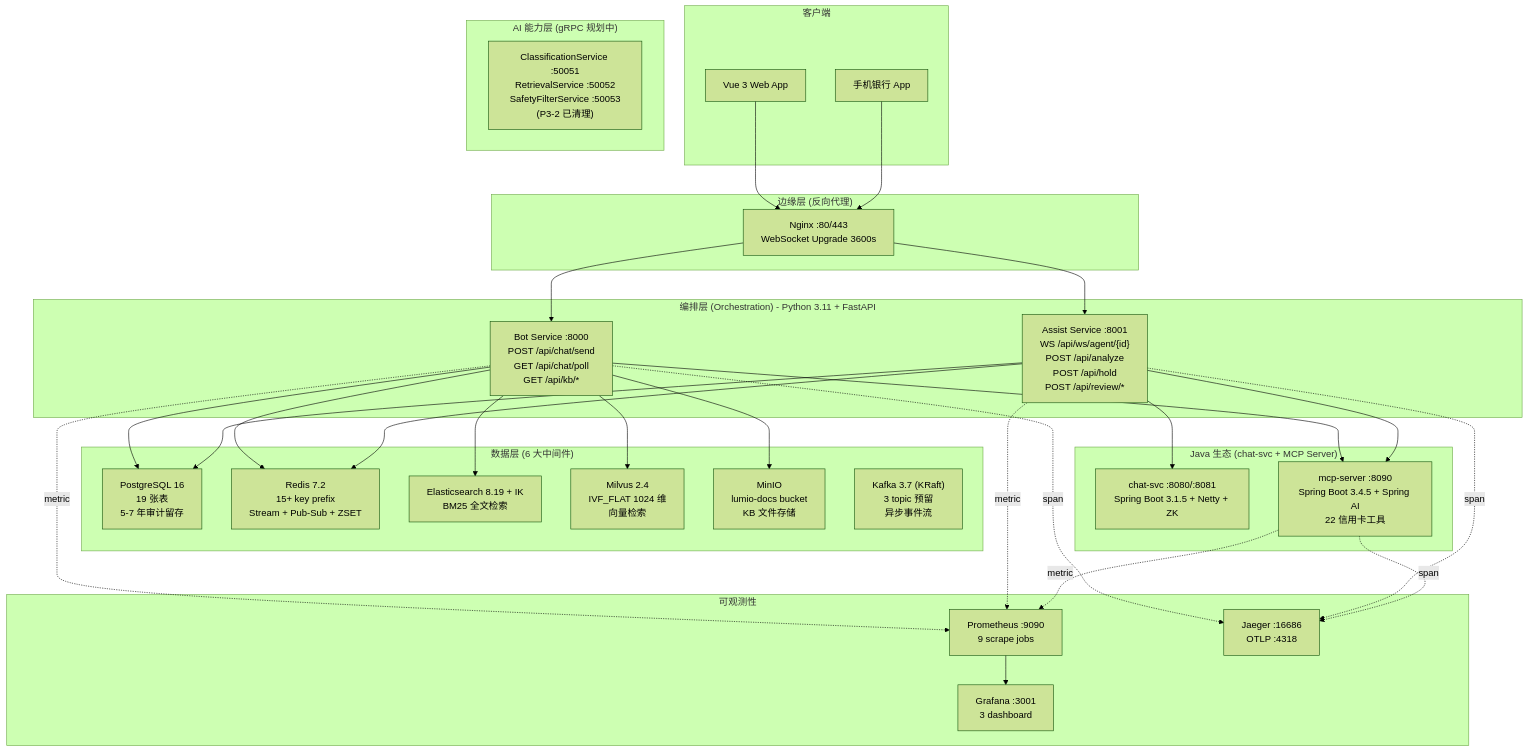
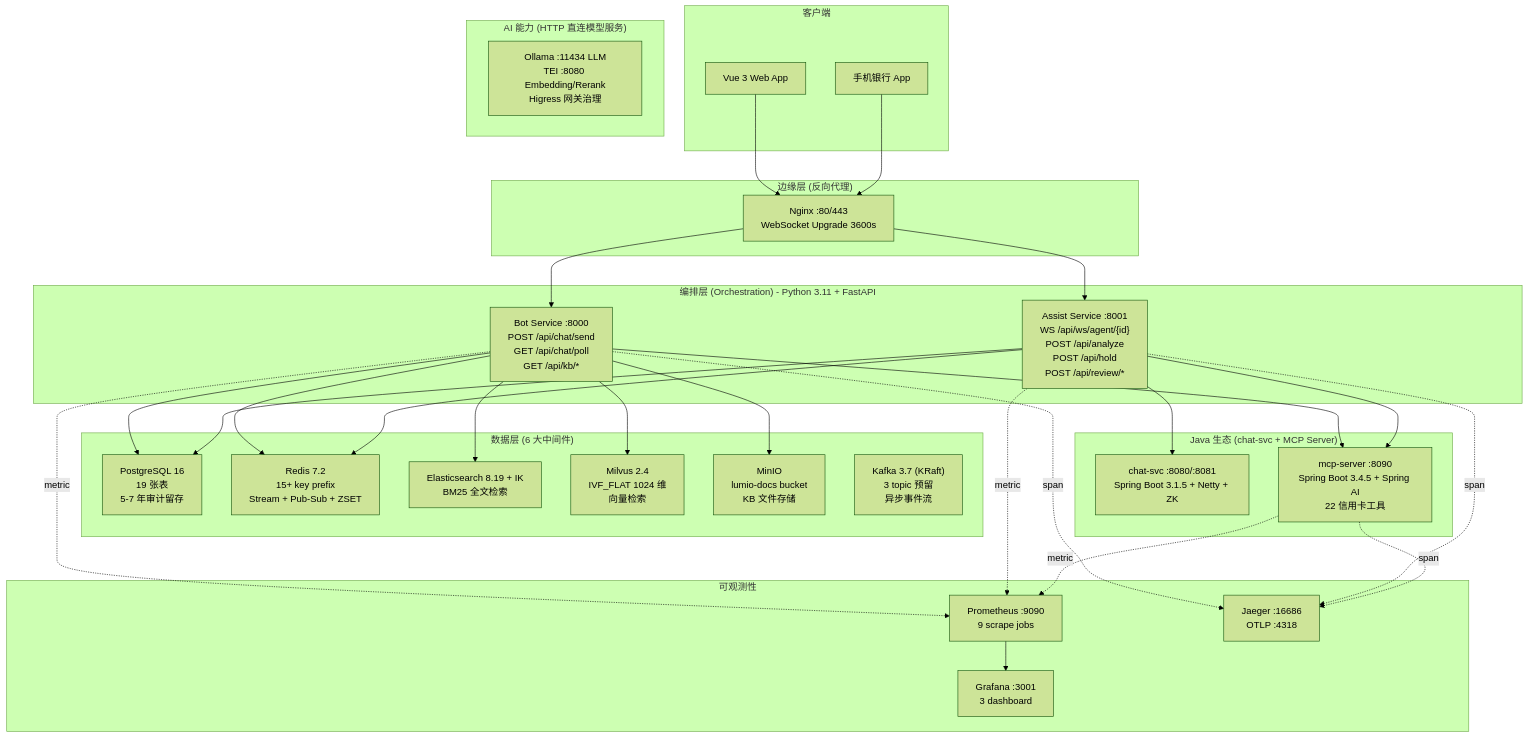
One commit to slowleelab/QingQue changed the diagram in docs/book/diagrams/architecture-overview.mmd. Above: the diagram before and after it, drawn with Mermaid (forest theme). The commit also changed 17 other files, not shown here.

First line of the commit message:
refactor: 移除 AI 能力层 gRPC 规划 — 删除 proto/死配置, 文档统一为 HTTP 直连模型服务

```diff
--- a/docs/book/diagrams/architecture-overview.mmd
+++ b/docs/book/diagrams/architecture-overview.mmd
@@ -1,60 +1,60 @@
 graph TB
     subgraph Client["客户端"]
         Web["Vue 3 Web App"]
         Customer["手机银行 App"]
     end
 
     subgraph Edge["边缘层 (反向代理)"]
         Nginx["Nginx :80/443<br/>WebSocket Upgrade 3600s"]
     end
 
     subgraph Orch["编排层 (Orchestration) - Python 3.11 + FastAPI"]
         Bot["Bot Service :8000<br/>POST /api/chat/send<br/>GET /api/chat/poll<br/>GET /api/kb/*"]
         Assist["Assist Service :8001<br/>WS /api/ws/agent/{id}<br/>POST /api/analyze<br/>POST /api/hold<br/>POST /api/review/*"]
     end
 
-    subgraph Capability["AI 能力层 (gRPC 规划中)"]
-        Note1["ClassificationService :50051<br/>RetrievalService :50052<br/>SafetyFilterService :50053<br/>(P3-2 已清理)"]
+    subgraph Capability["AI 能力 (HTTP 直连模型服务)"]
+        Note1["Ollama :11434 LLM<br/>TEI :8080 Embedding/Rerank<br/>Higress 网关治理"]
     end
 
     subgraph Data["数据层 (6 大中间件)"]
         PG["PostgreSQL 16<br/>19 张表<br/>5-7 年审计留存"]
         Redis["Redis 7.2<br/>15+ key prefix<br/>Stream + Pub-Sub + ZSET"]
         ES["Elasticsearch 8.19 + IK<br/>BM25 全文检索"]
         Milvus["Milvus 2.4<br/>IVF_FLAT 1024 维<br/>向量检索"]
         MinIO["MinIO<br/>lumio-docs bucket<br/>KB 文件存储"]
         Kafka["Kafka 3.7 (KRaft)<br/>3 topic 预留<br/>异步事件流"]
     end
 
     subgraph Observability["可观测性"]
         Prom["Prometheus :9090<br/>9 scrape jobs"]
         Grafana["Grafana :3001<br/>3 dashboard"]
         Jaeger["Jaeger :16686<br/>OTLP :4318"]
     end
 
     subgraph Java["Java 生态 (chat-svc + MCP Server)"]
         ChatSvc["chat-svc :8080/:8081<br/>Spring Boot 3.1.5 + Netty + ZK"]
         MCPServer["mcp-server :8090<br/>Spring Boot 3.4.5 + Spring AI<br/>22 信用卡工具"]
     end
 
     Web --> Nginx
     Customer --> Nginx
     Nginx --> Bot
     Nginx --> Assist
     Bot --> PG
     Bot --> Redis
     Bot --> ES
     Bot --> Milvus
     Bot --> MinIO
     Bot --> MCPServer
     Assist --> PG
     Assist --> Redis
     Assist --> MCPServer
     Assist --> ChatSvc
     Bot -.span.-> Jaeger
     Assist -.span.-> Jaeger
     MCPServer -.span.-> Jaeger
     Bot -.metric.-> Prom
     Assist -.metric.-> Prom
     MCPServer -.metric.-> Prom
     Prom --> Grafana
```
